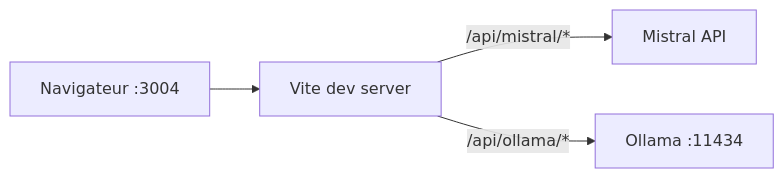
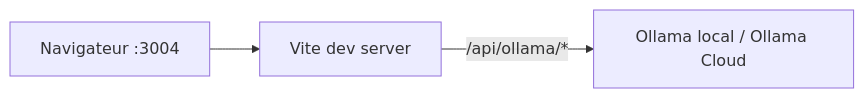
The diagram in docs/architecture.md (ngoujon/assistant-openspace), drawn with Mermaid before and after one commit. The commit also changed other lines of this file and 14 other files, not shown here.

````diff
--- a/docs/architecture.md
+++ b/docs/architecture.md
@@ -7,10 +7,8 @@
 ```mermaid
 flowchart LR
   Browser[Navigateur :3004]
   Vite[Vite dev server]
-  Mistral[Mistral API]
-  Ollama[Ollama :11434]
+  Ollama[Ollama local / Ollama Cloud]
   Browser --> Vite
-  Vite -->|"/api/mistral/*"| Mistral
   Vite -->|"/api/ollama/*"| Ollama
 ```
````
